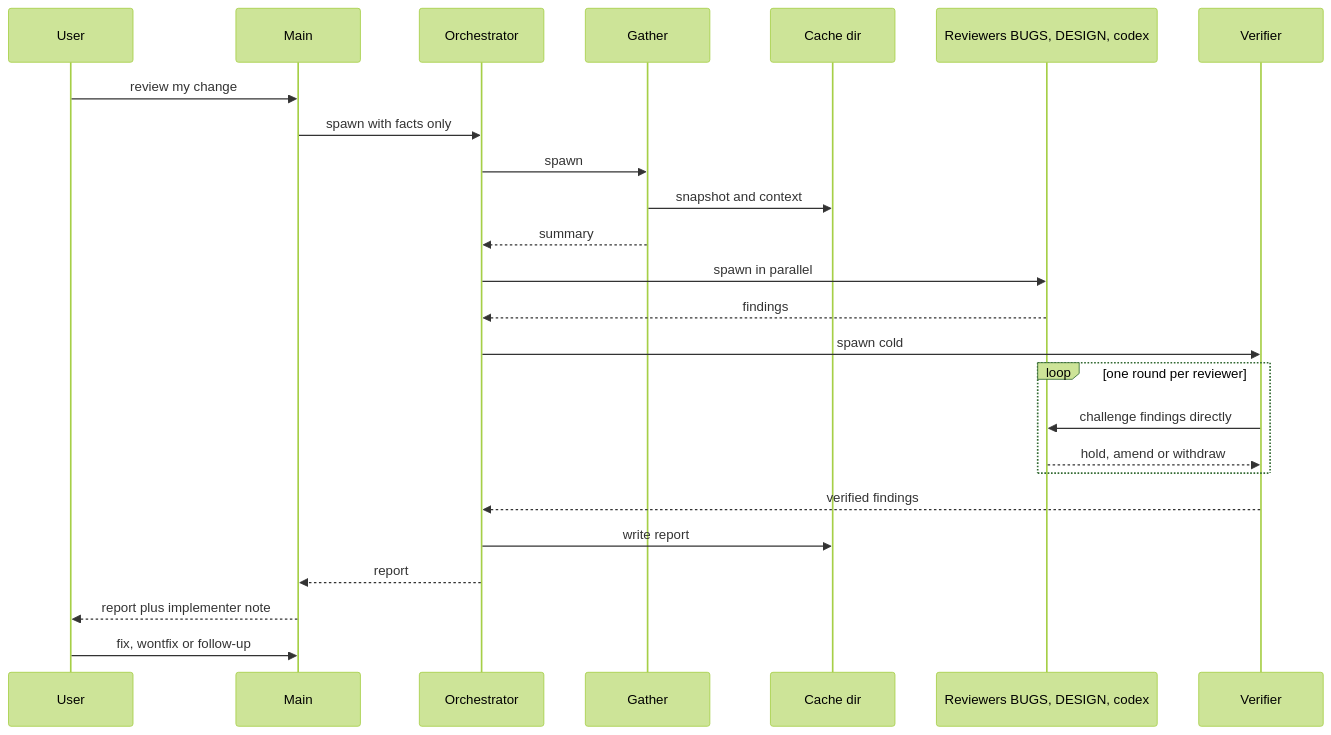
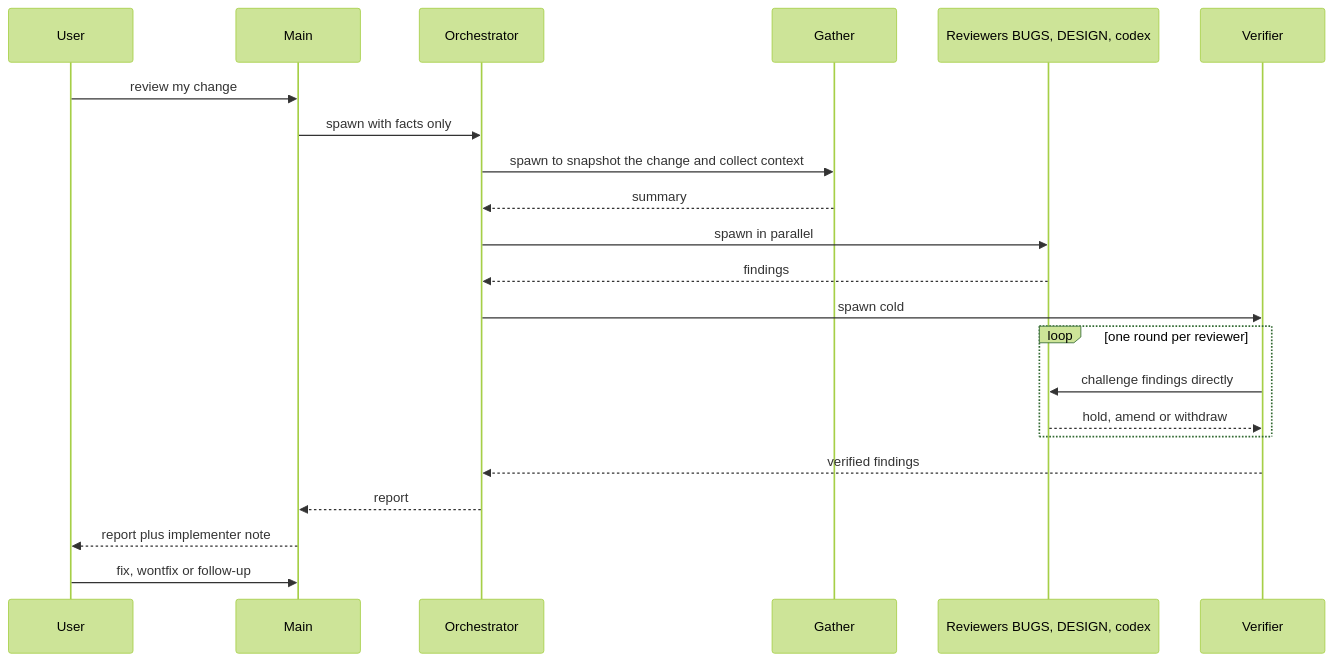
The diagram in self-review/README.md (spalladino/claude-skills), drawn with Mermaid (forest theme) before and after one commit. The commit also changed 1 other file, not shown here.

Commit message:
docs(review-pr,self-review): drop the cache dir from the README diagrams

````diff
--- a/self-review/README.md
+++ b/self-review/README.md
@@ -31,27 +31,24 @@
 ```mermaid
 sequenceDiagram
     participant U as User
     participant M as Main
     participant O as Orchestrator
     participant G as Gather
-    participant W as Cache dir
     participant R as Reviewers BUGS, DESIGN, codex
     participant V as Verifier
     U->>M: review my change
     M->>O: spawn with facts only
-    O->>G: spawn
-    G->>W: snapshot and context
+    O->>G: spawn to snapshot the change and collect context
     G-->>O: summary
     O->>R: spawn in parallel
     R-->>O: findings
     O->>V: spawn cold
     loop one round per reviewer
         V->>R: challenge findings directly
         R-->>V: hold, amend or withdraw
     end
     V-->>O: verified findings
-    O->>W: write report
     O-->>M: report
     M-->>U: report plus implementer note
     U->>M: fix, wontfix or follow-up
 ```
````
